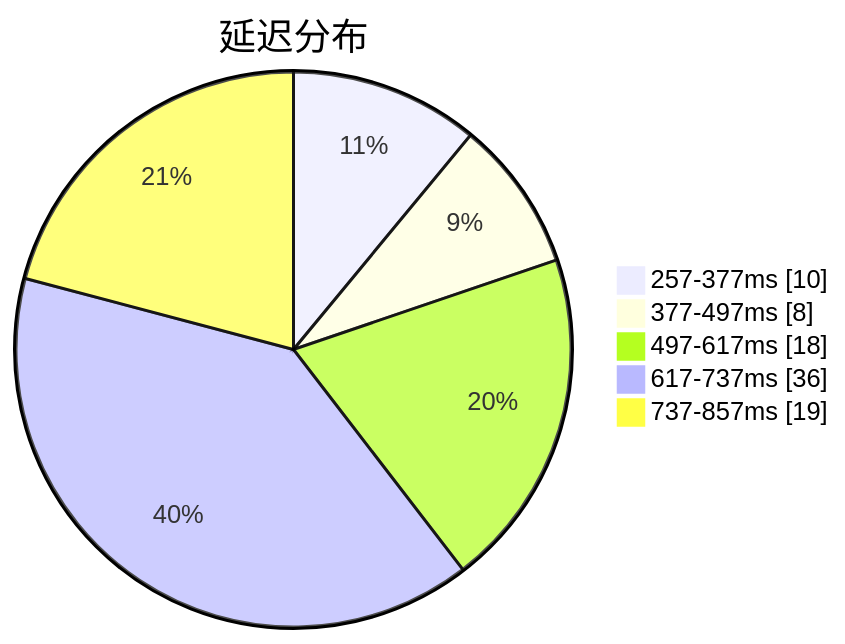
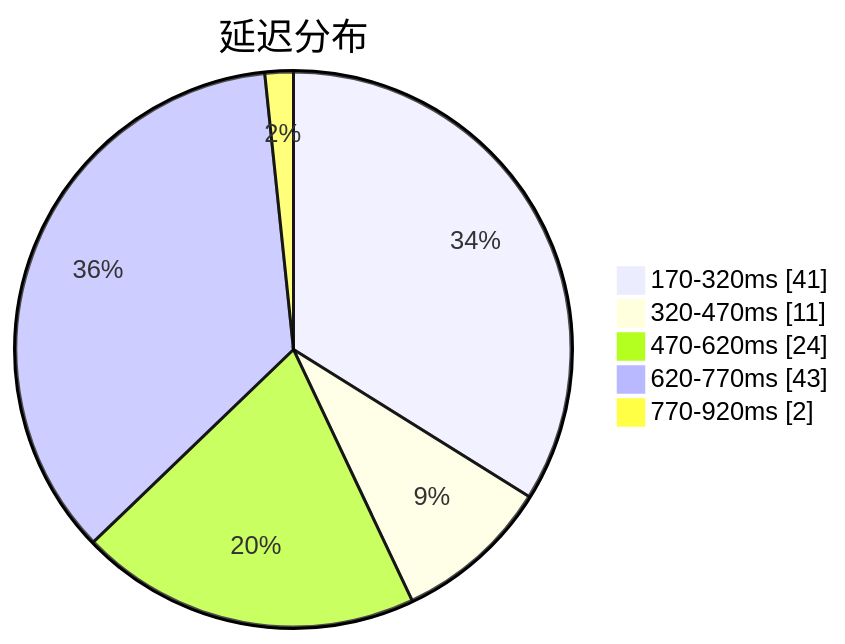
One commit to qjlxg/airport changed the first of 3 diagrams in subs/statistics/tested_within.md. Above: the diagram before and after it, drawn with Mermaid. The commit also changed other lines of this file and 2 other files, not shown here.

````diff
--- a/subs/statistics/tested_within.md
+++ b/subs/statistics/tested_within.md
@@ -2,9 +2,9 @@
 ```mermaid
 pie showData
 title 延迟分布
-"257-377ms" : 10
-"377-497ms" : 8
-"497-617ms" : 18
-"617-737ms" : 36
-"737-857ms" : 19
+"170-320ms" : 41
+"320-470ms" : 11
+"470-620ms" : 24
+"620-770ms" : 43
+"770-920ms" : 2
 ```
````
